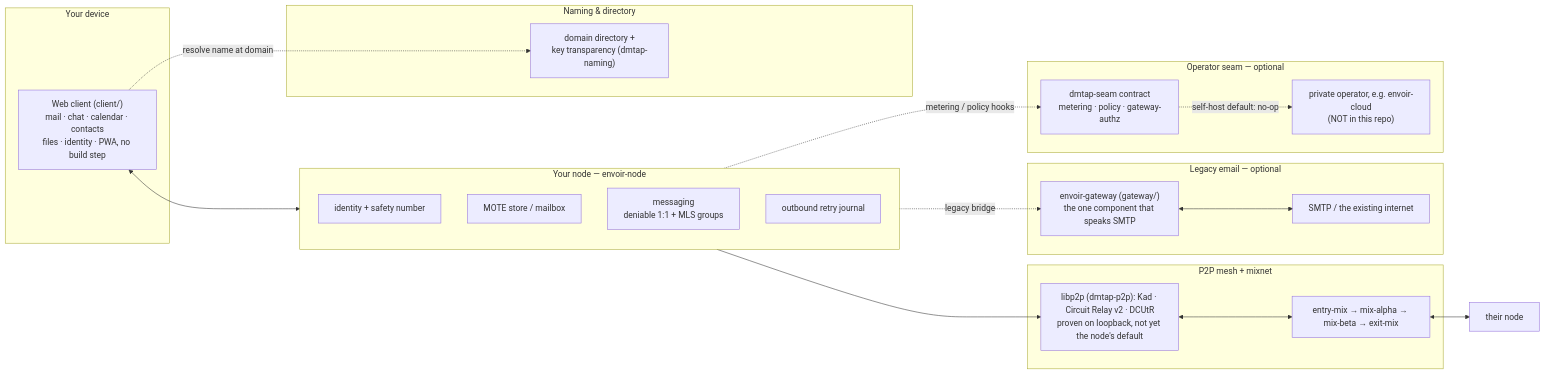
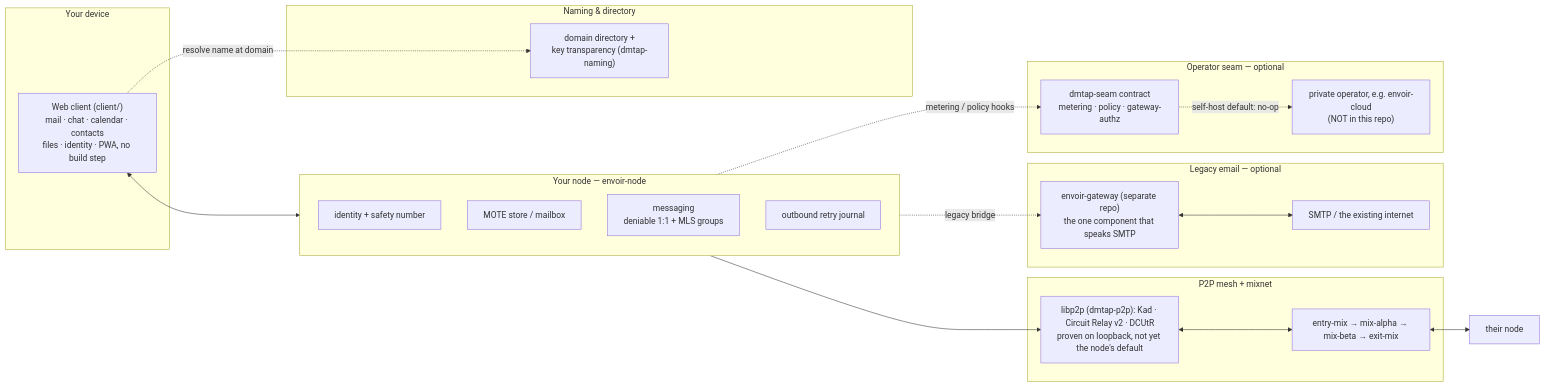
The first of 2 diagrams in docs/architecture.md (vul-os/envoir), drawn with Mermaid before and after one commit. The commit also changed other lines of this file and 72 other files, not shown here.

First line of the commit message:
Remove the legacy SMTP gateway from the monorepo (carve-out to env-oir/envoir-gateway)

````diff
--- a/docs/architecture.md
+++ b/docs/architecture.md
@@ -9,42 +10,42 @@
 ```mermaid
 flowchart LR
     subgraph You["Your device"]
         Client["Web client (client/)<br/>mail · chat · calendar · contacts<br/>files · identity · PWA, no build step"]
     end
 
     subgraph Node["Your node — envoir-node"]
         Identity_["identity + safety number"]
         Mailbox["MOTE store / mailbox"]
         Messaging["messaging<br/>deniable 1:1 + MLS groups"]
         Journal["outbound retry journal"]
     end
 
     subgraph Mesh["P2P mesh + mixnet"]
         Transport["libp2p (dmtap-p2p): Kad · Circuit Relay v2 · DCUtR<br/>proven on loopback, not yet the node's default"]
         Mix["entry-mix → mix-alpha → mix-beta → exit-mix"]
     end
 
     subgraph Naming["Naming & directory"]
         KT["domain directory +<br/>key transparency (dmtap-naming)"]
     end
 
     subgraph Legacy["Legacy email — optional"]
-        Gateway["envoir-gateway (gateway/)<br/>the one component that speaks SMTP"]
+        Gateway["envoir-gateway (separate repo)<br/>the one component that speaks SMTP"]
         SMTP["SMTP / the existing internet"]
     end
 
     subgraph Op["Operator seam — optional"]
         Seam["dmtap-seam contract<br/>metering · policy · gateway-authz"]
         Cloud["private operator, e.g. envoir-cloud<br/>(NOT in this repo)"]
     end
 
     Client <--> Node
     Node --> Transport
     Transport <--> Mix
     Mix <--> Peer["their node"]
     Client -.->|resolve name at domain| KT
     Node -.->|legacy bridge| Gateway
     Gateway <--> SMTP
     Node -.->|metering / policy hooks| Seam
     Seam -.->|self-host default: no-op| Cloud
 ```
````
